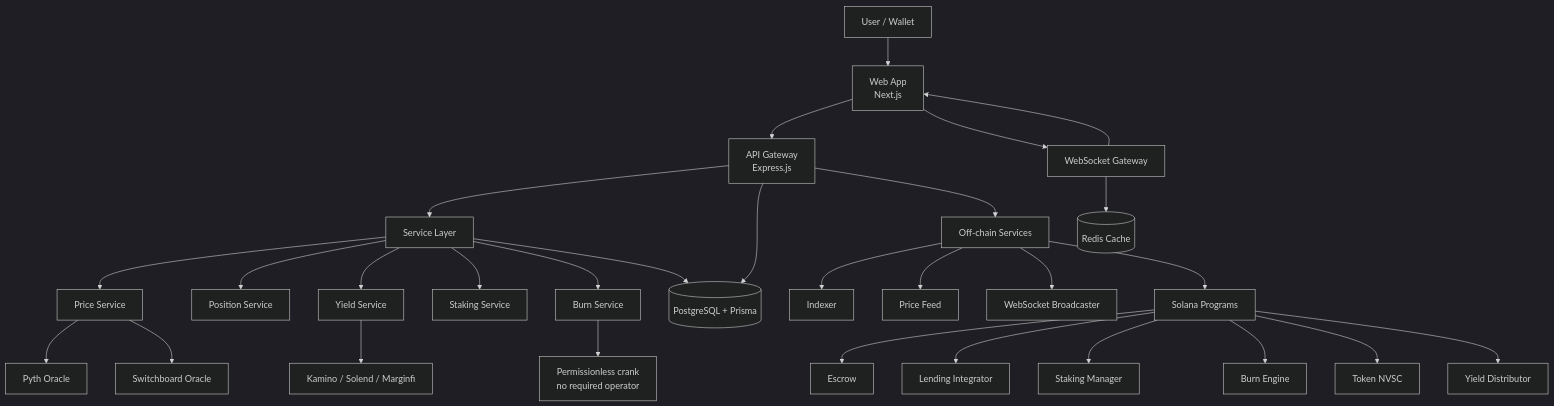
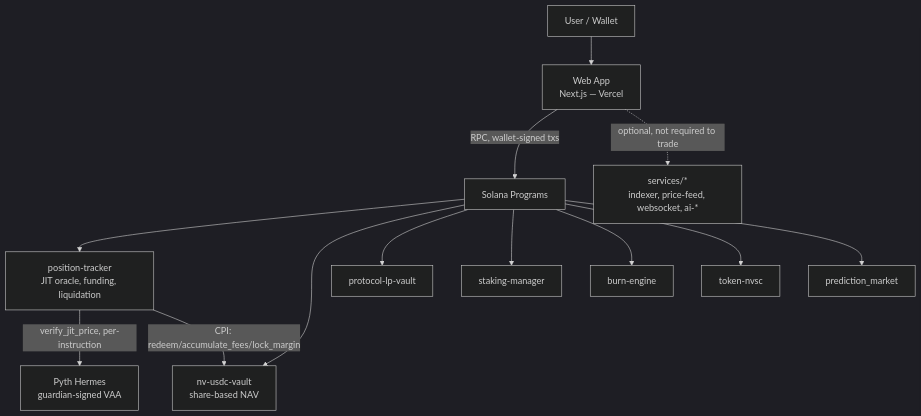
Before and after one commit to KezzyNgotho/noviscia-protocol: the first of 4 diagrams in docs/SYSTEM_DIAGRAMS.md, drawn with Mermaid (dark theme). The commit also changed other lines of this file and 16 other files, not shown here.

````diff
--- a/docs/SYSTEM_DIAGRAMS.md
+++ b/docs/SYSTEM_DIAGRAMS.md
@@ -5,36 +7,18 @@
 ```mermaid
 graph TD
-  U[User / Wallet] --> W[Web App\nNext.js]
-  W --> A[API Gateway\nExpress.js]
-  W --> S[WebSocket Gateway]
-  A --> L[Service Layer]
-  S --> W
+  U[User / Wallet] --> W[Web App\nNext.js — Vercel]
+  W -->|RPC, wallet-signed txs| C[Solana Programs]
 
-  L --> P[Price Service]
-  L --> POS[Position Service]
-  L --> Y[Yield Service]
-  L --> ST[Staking Service]
-  L --> B[Burn Service]
+  C --> PT[position-tracker\nJIT oracle, funding, liquidation]
+  C --> NV[nv-usdc-vault\nshare-based NAV]
+  C --> PLV[protocol-lp-vault]
+  C --> SM[staking-manager]
+  C --> BE[burn-engine]
+  C --> TN[token-nvsc]
+  C --> PM[prediction_market]
 
-  P --> O1[Pyth Oracle]
-  P --> O2[Switchboard Oracle]
-  Y --> K[Kamino / Solend / Marginfi]
-  B --> CRANK[Permissionless crank\nno required operator]
+  PT -->|verify_jit_price, per-instruction| PYTH[Pyth Hermes\nguardian-signed VAA]
+  PT -->|CPI: redeem/accumulate_fees/lock_margin| NV
 
-  A --> DB[(PostgreSQL + Prisma)]
-  L --> DB
-  S --> R[(Redis Cache)]
-
-  A --> O[Off-chain Services]
-  O --> I[Indexer]
-  O --> PF[Price Feed]
-  O --> WS[WebSocket Broadcaster]
-
-  O --> C[Solana Programs]
-  C --> E[Escrow]
-  C --> LI[Lending Integrator]
-  C --> SM[Staking Manager]
-  C --> BE[Burn Engine]
-  C --> TN[Token NVSC]
-  C --> YD[Yield Distributor]
+  W -.->|optional, not required to trade| SVC[services/*\nindexer, price-feed, websocket, ai-*]
 ```
````
